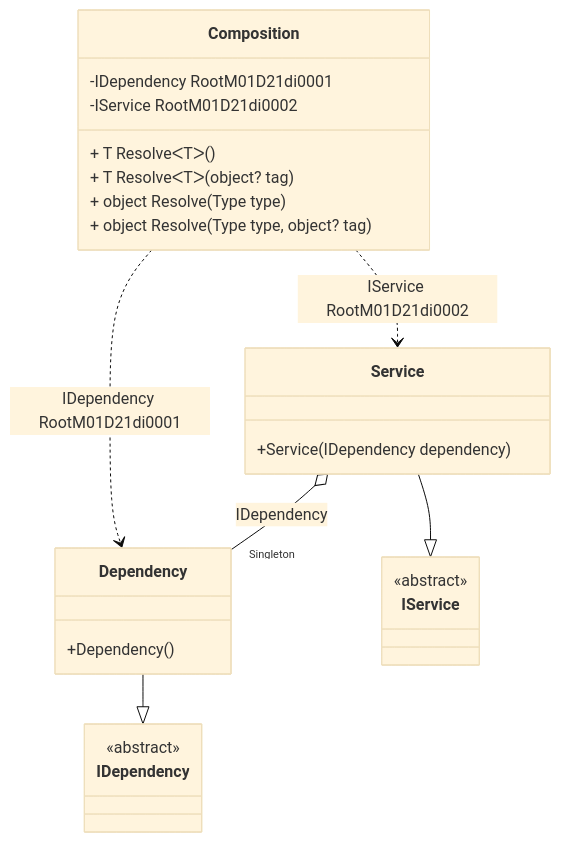
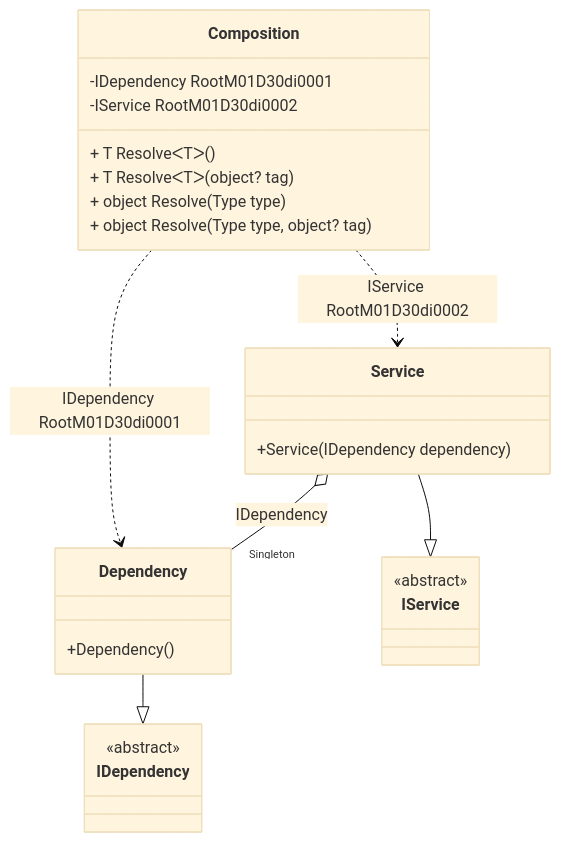
Before and after one commit to DevTeam/Pure.DI: the diagram in readme/service-collection.md, drawn with Mermaid (base theme). The commit also changed other lines of this file and 92 other files, not shown here.

````diff
--- a/readme/service-collection.md
+++ b/readme/service-collection.md
@@ -47,28 +47,28 @@
 ```mermaid
 classDiagram
   class Composition {
-    -IDependency RootM01D21di0001
-    -IService RootM01D21di0002
+    -IDependency RootM01D30di0001
+    -IService RootM01D30di0002
     + T ResolveᐸTᐳ()
     + T ResolveᐸTᐳ(object? tag)
     + object Resolve(Type type)
     + object Resolve(Type type, object? tag)
   }
   Dependency --|> IDependency : 
   class Dependency {
     +Dependency()
   }
   Service --|> IService : 
   class Service {
     +Service(IDependency dependency)
   }
   class IDependency {
     <<abstract>>
   }
   class IService {
     <<abstract>>
   }
   Service o--  "Singleton" Dependency : IDependency
-  Composition ..> Dependency : IDependency RootM01D21di0001
-  Composition ..> Service : IService RootM01D21di0002
+  Composition ..> Dependency : IDependency RootM01D30di0001
+  Composition ..> Service : IService RootM01D30di0002
 ```
````
